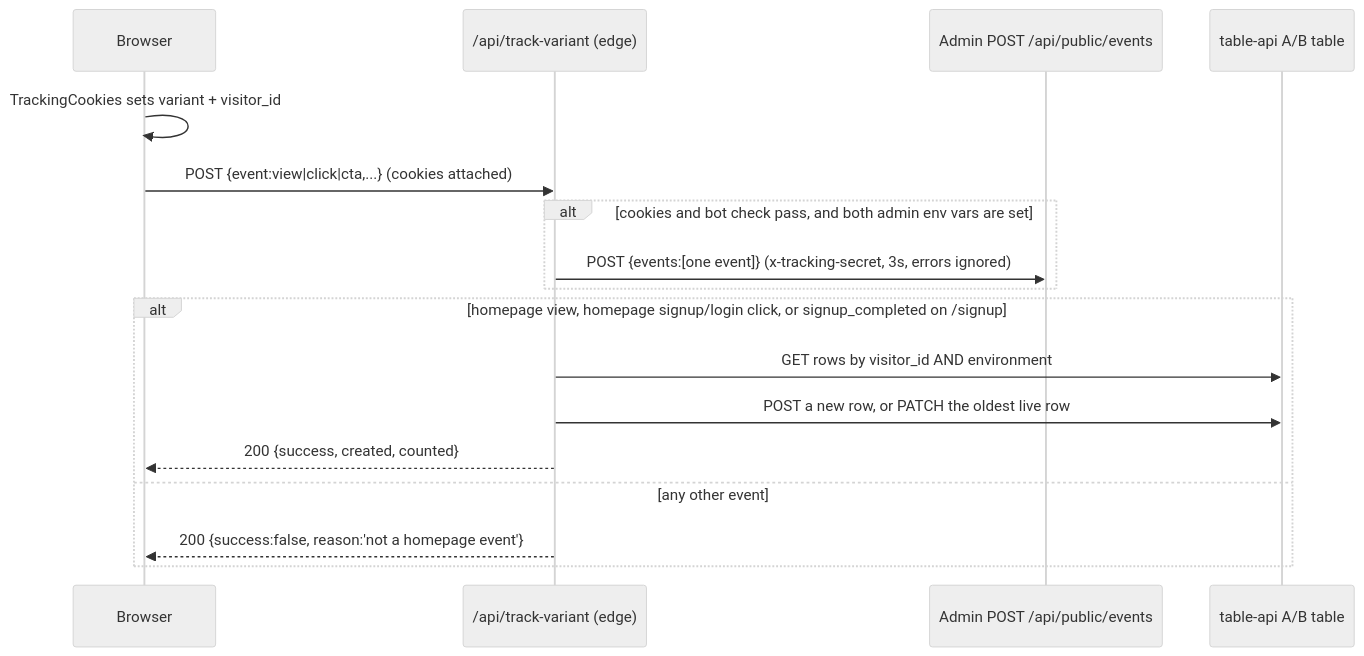
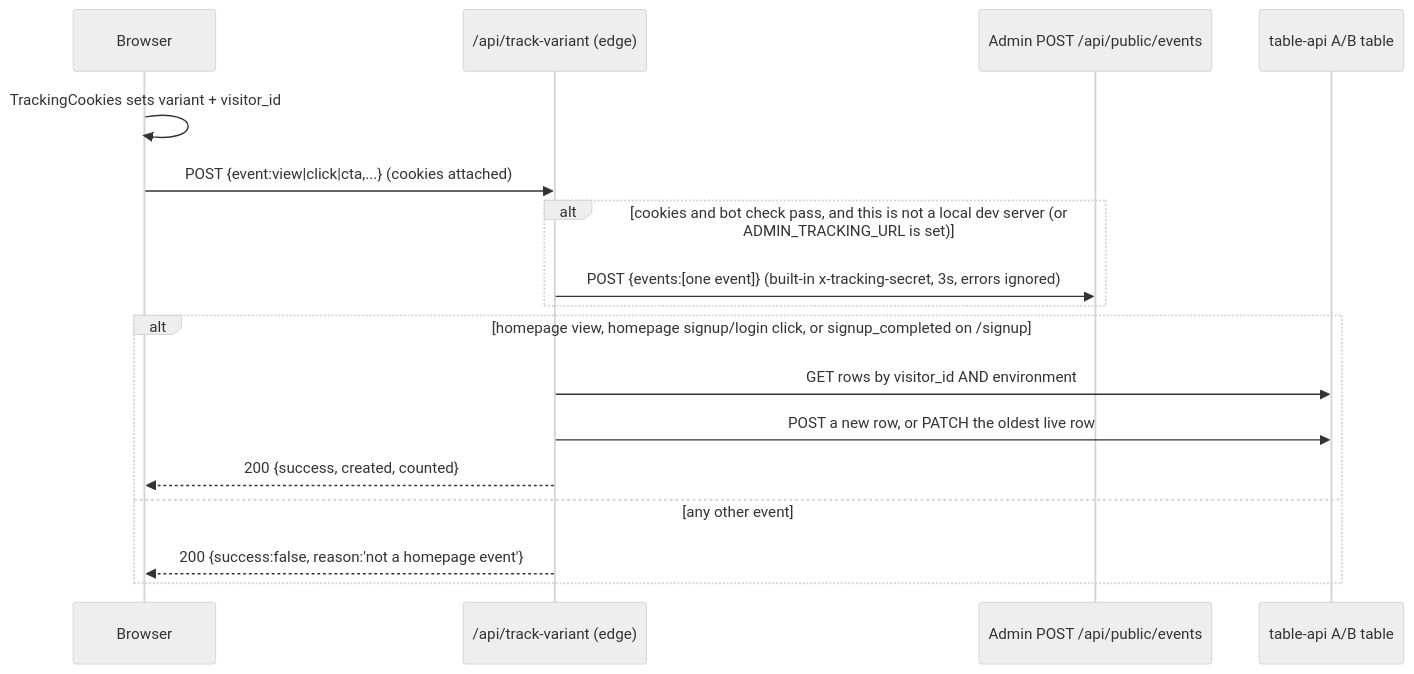
The diagram in docs/CONTRACTS.md (Walkover-Web-Solution/viasocket), drawn with Mermaid (neutral theme) before and after one commit. The commit also changed other lines of this file and 9 other files, not shown here.

First line of the commit message:
Record that admin visitor events do not use a Cloudflare setting

````diff
--- a/docs/CONTRACTS.md
+++ b/docs/CONTRACTS.md
@@ -93,19 +93,19 @@
 ```mermaid
 sequenceDiagram
     participant B as Browser
     participant R as /api/track-variant (edge)
     participant A as Admin POST /api/public/events
     participant T as table-api A/B table
     B->>B: TrackingCookies sets variant + visitor_id
     B->>R: POST {event:view|click|cta,...} (cookies attached)
-    alt cookies and bot check pass, and both admin env vars are set
-        R->>A: POST {events:[one event]} (x-tracking-secret, 3s, errors ignored)
+    alt cookies and bot check pass, and this is not a local dev server (or ADMIN_TRACKING_URL is set)
+        R->>A: POST {events:[one event]} (built-in x-tracking-secret, 3s, errors ignored)
     end
     alt homepage view, homepage signup/login click, or signup_completed on /signup
         R->>T: GET rows by visitor_id AND environment
         R->>T: POST a new row, or PATCH the oldest live row
         R-->>B: 200 {success, created, counted}
     else any other event
         R-->>B: 200 {success:false, reason:'not a homepage event'}
     end
 ```
````
